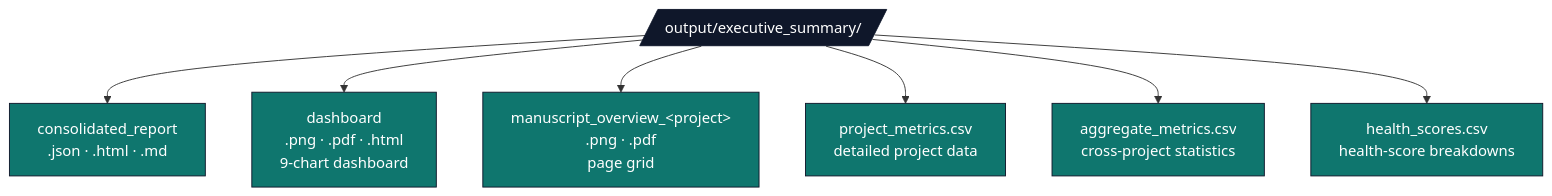
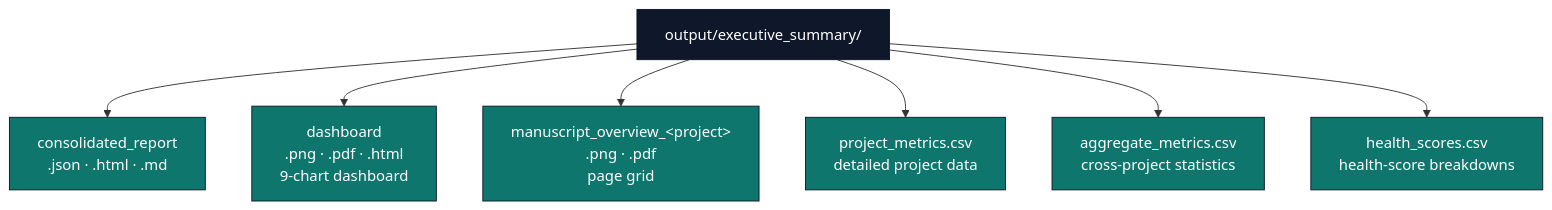
Before and after one commit to docxology/template: the third of 3 diagrams in infrastructure/reporting/README.md, drawn with Mermaid. The commit also changed other lines of this file and 94 other files, not shown here.

````diff
--- a/infrastructure/reporting/README.md
+++ b/infrastructure/reporting/README.md
@@ -355,15 +355,15 @@
 ```mermaid
 flowchart TB
-    EX[/output/executive_summary//]
+    EX[output/executive_summary/]
     EX --> CR[consolidated_report<br/>.json · .html · .md]
     EX --> DB[dashboard<br/>.png · .pdf · .html<br/>9-chart dashboard]
     EX --> MO[manuscript_overview_&lt;project&gt;<br/>.png · .pdf<br/>page grid]
     EX --> PM[project_metrics.csv<br/>detailed project data]
     EX --> AM[aggregate_metrics.csv<br/>cross-project statistics]
     EX --> HS[health_scores.csv<br/>health-score breakdowns]
 
     classDef d fill:#0f172a,stroke:#0f172a,color:#fff
     classDef f fill:#0f766e,stroke:#0f172a,color:#fff
     class EX d
     class CR,DB,MO,PM,AM,HS f
 ```
````
